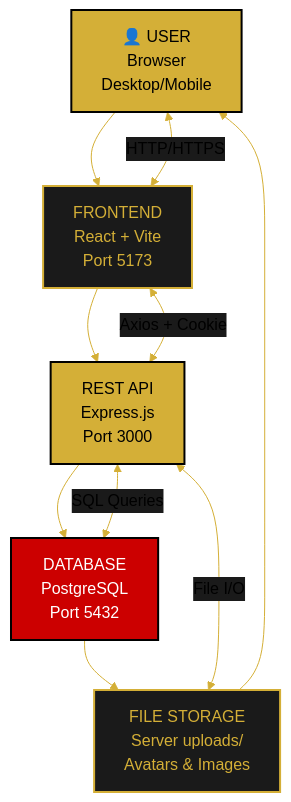
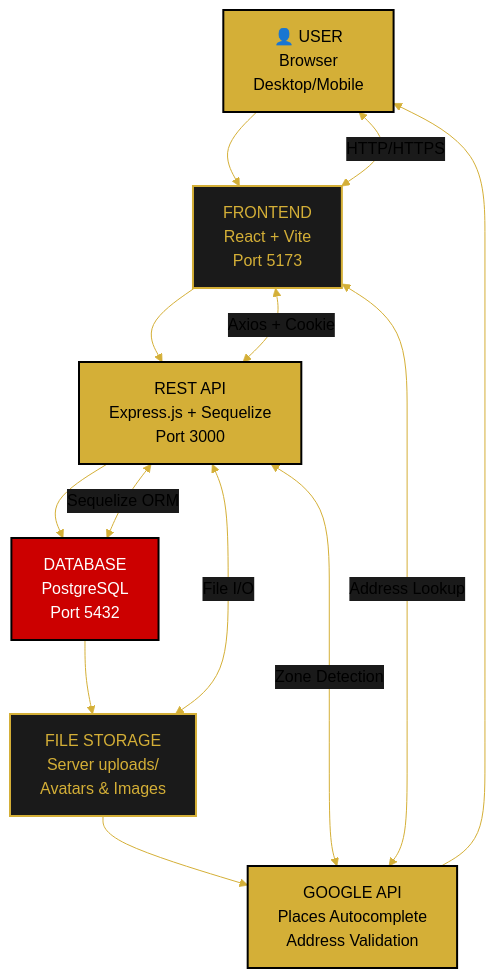
The first of 2 diagrams in docs/architecture/system-architecture.md (paulobrigidofilho/orbishistorymaps), drawn with Mermaid before and after one commit. The commit also changed other lines of this file and 4 other files, not shown here.

First line of the commit message:
Update docs for Sequelize ORM and freight system

````diff
--- a/docs/architecture/system-architecture.md
+++ b/docs/architecture/system-architecture.md
@@ -41,22 +45,26 @@
 ```mermaid
 %%{init: {'theme':'base', 'themeVariables': { 'primaryColor':'#D4AF37','primaryTextColor':'#000','primaryBorderColor':'#000','lineColor':'#D4AF37','secondaryColor':'#1a1a1a','tertiaryColor':'#333'}}}%%
 graph TB
     User["👤 USER<br/>Browser<br/>Desktop/Mobile"]:::gold -->
     
     Frontend["FRONTEND<br/>React + Vite<br/>Port 5173"]:::black -->
     
-    API["REST API<br/>Express.js<br/>Port 3000"]:::gold -->
+    API["REST API<br/>Express.js + Sequelize<br/>Port 3000"]:::gold -->
     
     Database["DATABASE<br/>PostgreSQL<br/>Port 5432"]:::error -->
     
     Storage["FILE STORAGE<br/>Server uploads/<br/>Avatars & Images"]:::black -->
     
+    GoogleAPI["GOOGLE API<br/>Places Autocomplete<br/>Address Validation"]:::gold -->
+    
     User <-->|HTTP/HTTPS| Frontend
     Frontend <-->|Axios + Cookie| API
-    API <-->|SQL Queries| Database
+    Frontend <-->|Address Lookup| GoogleAPI
+    API <-->|Sequelize ORM| Database
     API <-->|File I/O| Storage
+    API <-->|Zone Detection| GoogleAPI
     
     classDef gold fill:#D4AF37,stroke:#000,stroke-width:2px,color:#000
     classDef black fill:#1a1a1a,stroke:#D4AF37,stroke-width:2px,color:#D4AF37
     classDef error fill:#cc0000,stroke:#000,stroke-width:2px,color:#fff
 ```
````
